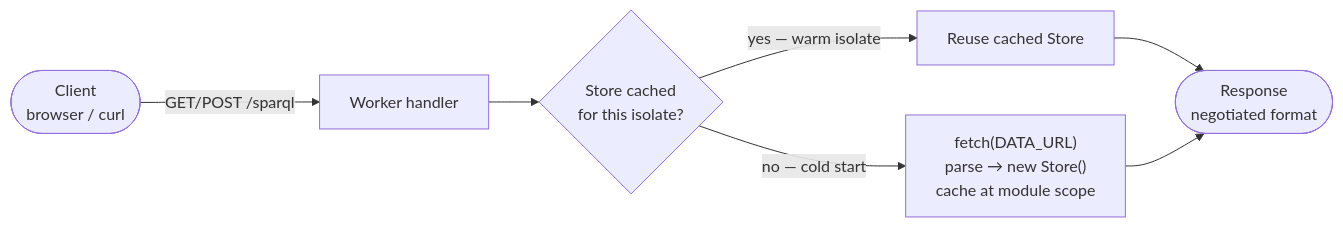
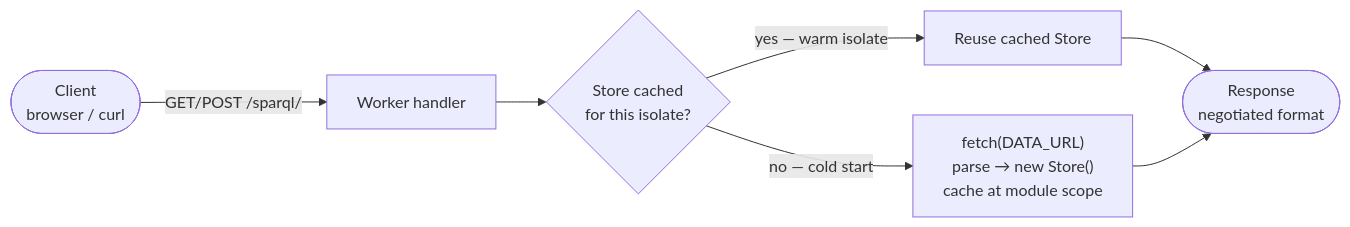
Before and after one commit to JervenBolleman/oxigraph-cloudflare-webworker: the diagram in TUTORIAL.md, drawn with Mermaid. The commit also changed other lines of this file and 7 other files, not shown here.

````diff
--- a/TUTORIAL.md
+++ b/TUTORIAL.md
@@ -30,9 +30,9 @@
 ```mermaid
 flowchart LR
-    client([Client<br/>browser / curl]) -->|GET/POST /sparql| handler[Worker handler]
+    client([Client<br/>browser / curl]) -->|GET/POST /sparql/| handler[Worker handler]
     handler --> decision{Store cached<br/>for this isolate?}
     decision -->|yes — warm isolate| cached[Reuse cached Store]
     decision -->|no — cold start| cold["fetch(DATA_URL)<br/>parse → new Store()<br/>cache at module scope"]
     cached --> response([Response<br/>negotiated format])
     cold --> response
 ```
````
